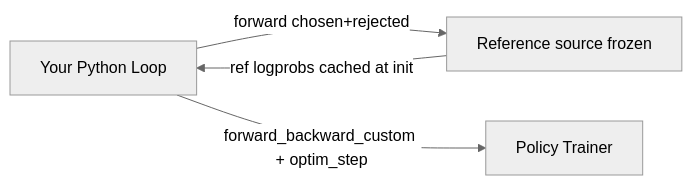
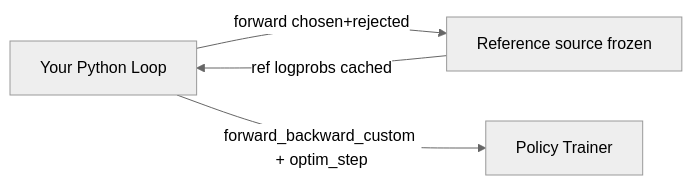
The diagram in ai-models/fireworks/pages/fine-tuning/training-api/cookbook/dpo.md (Eyre921/ofiicial-developer-docs), drawn with Mermaid (neutral theme) before and after one commit. The commit also changed other lines of this file and 562 other files, not shown here.

````diff
--- a/ai-models/fireworks/pages/fine-tuning/training-api/cookbook/dpo.md
+++ b/ai-models/fireworks/pages/fine-tuning/training-api/cookbook/dpo.md
@@ -24,6 +24,6 @@
 ```mermaid theme={null}
 flowchart LR
   loop[Your Python Loop] -->|forward chosen+rejected| reference[Reference source frozen]
-  reference -->|ref logprobs cached at init| loop
+  reference -->|ref logprobs cached| loop
   loop -->|forward_backward_custom + optim_step| policyTrainer[Policy Trainer]
 ```
````
